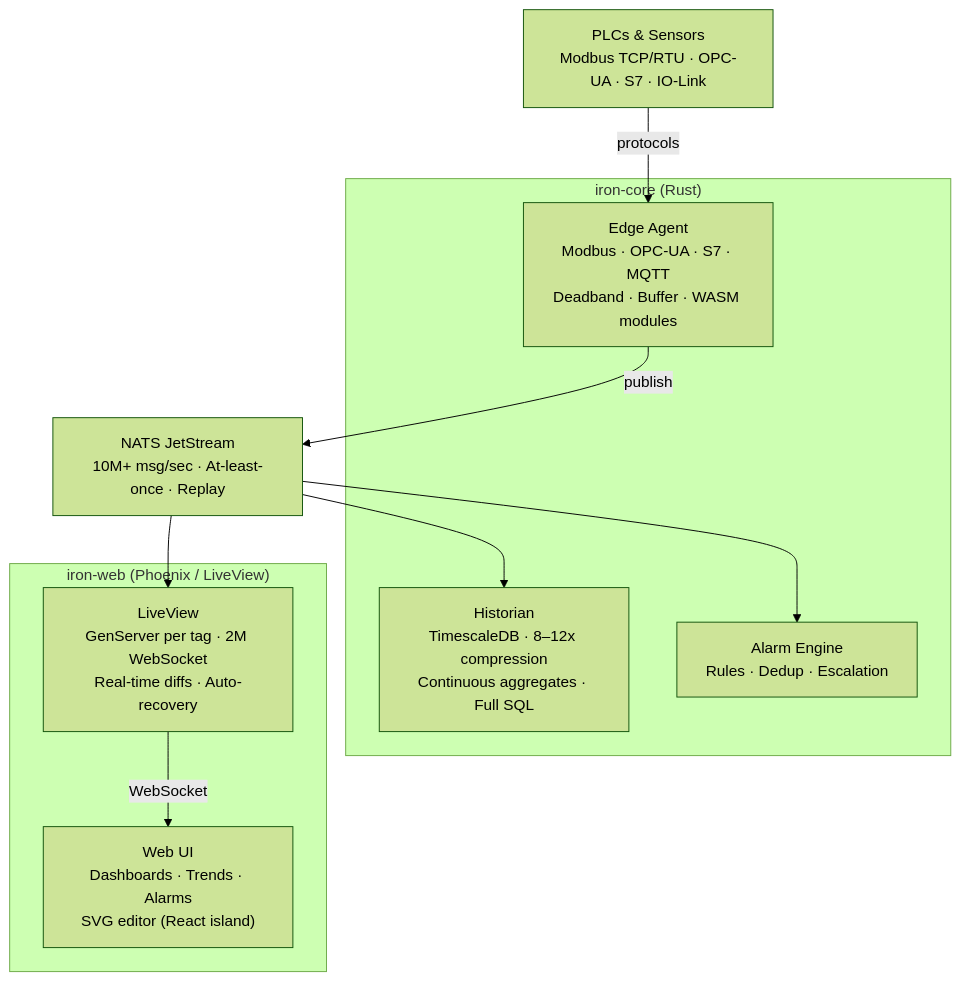
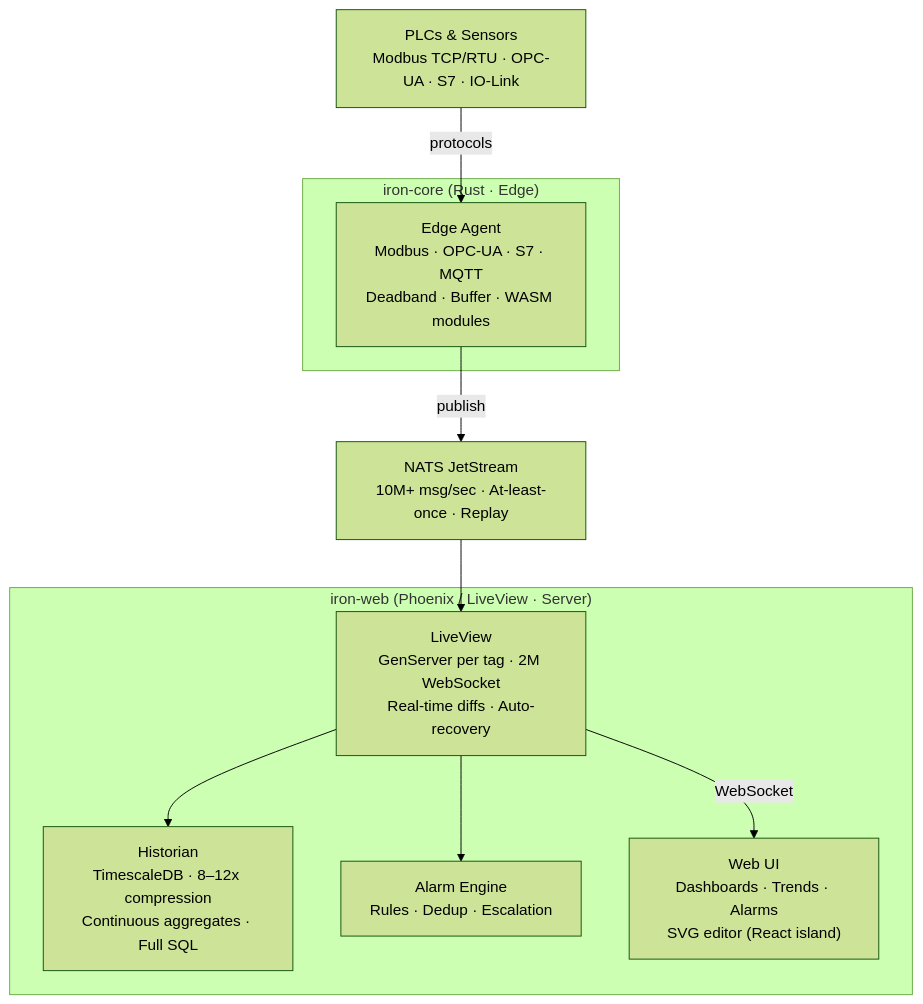
The diagram in README.md (YurikOnRails/iron-concept), drawn with Mermaid (forest theme) before and after one commit. The commit also changed other lines of this file and 8 other files, not shown here.

````diff
--- a/README.md
+++ b/README.md
@@ -142,23 +142,23 @@
 ```mermaid
 graph TD
-    subgraph iron-core ["iron-core (Rust)"]
+    subgraph iron-core ["iron-core (Rust · Edge)"]
         EDGE["Edge Agent\nModbus · OPC-UA · S7 · MQTT\nDeadband · Buffer · WASM modules"]
+    end
+
+    subgraph iron-web ["iron-web (Phoenix / LiveView · Server)"]
+        PHOENIX["LiveView\nGenServer per tag · 2M WebSocket\nReal-time diffs · Auto-recovery"]
         TSDB["Historian\nTimescaleDB · 8–12x compression\nContinuous aggregates · Full SQL"]
         ALARM["Alarm Engine\nRules · Dedup · Escalation"]
-    end
-
-    subgraph iron-web ["iron-web (Phoenix / LiveView)"]
-        PHOENIX["LiveView\nGenServer per tag · 2M WebSocket\nReal-time diffs · Auto-recovery"]
         HMI["Web UI\nDashboards · Trends · Alarms\nSVG editor (React island)"]
     end
 
     PLC["PLCs & Sensors\nModbus TCP/RTU · OPC-UA · S7 · IO-Link"]
     NATS["NATS JetStream\n10M+ msg/sec · At-least-once · Replay"]
 
     PLC -->|protocols| EDGE
     EDGE -->|publish| NATS
-    NATS --> TSDB
-    NATS --> ALARM
     NATS --> PHOENIX
+    PHOENIX --> TSDB
+    PHOENIX --> ALARM
     PHOENIX -->|WebSocket| HMI
 ```
````
